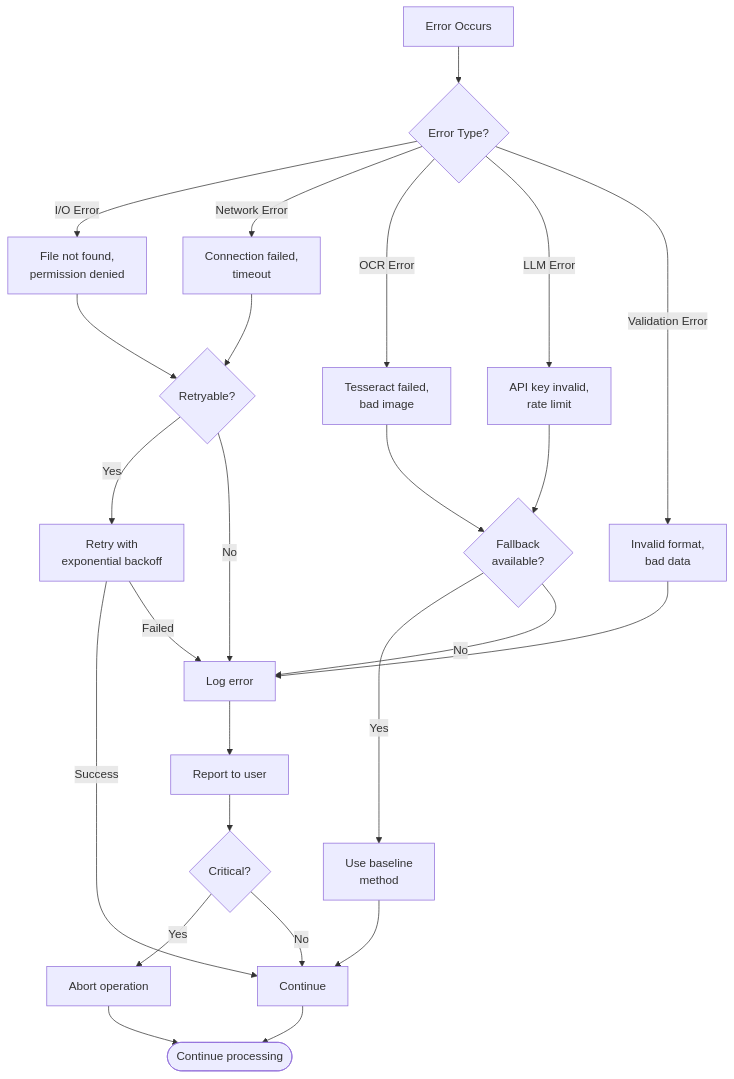
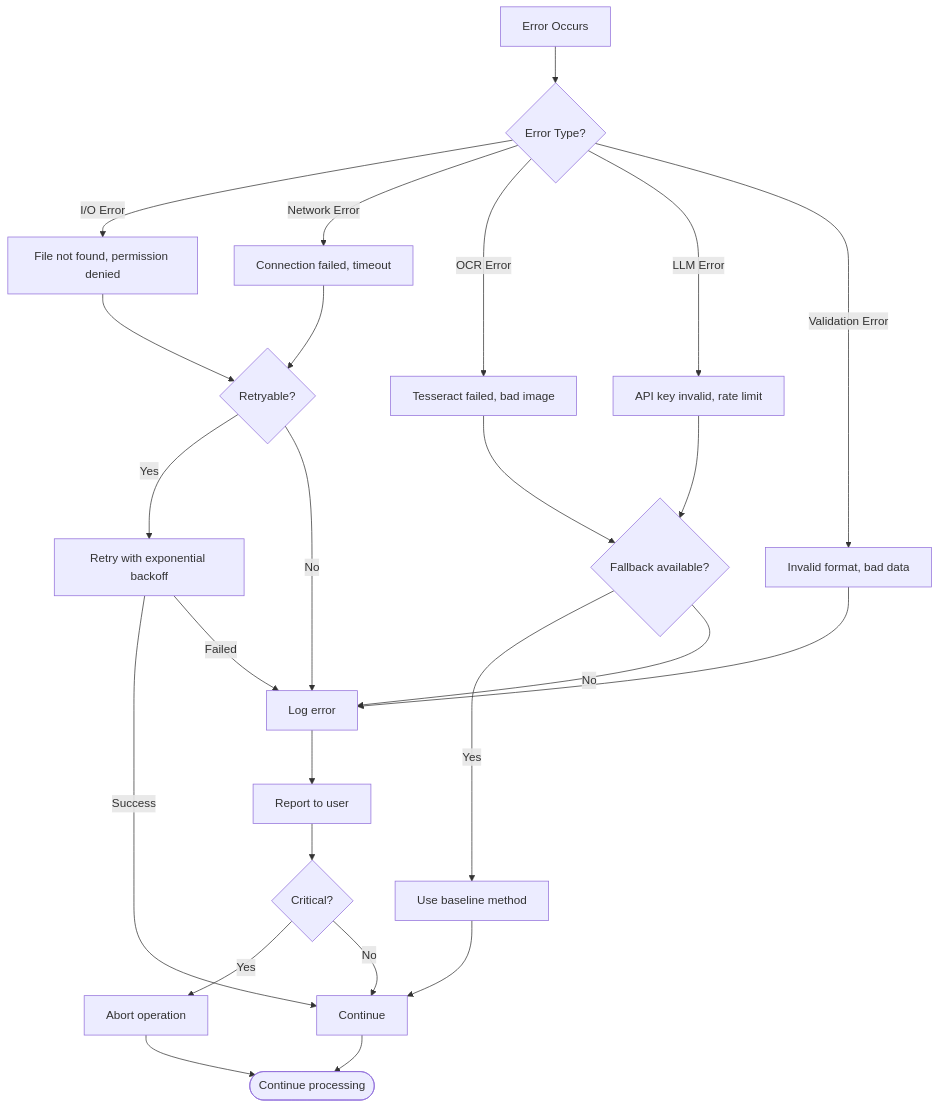
Diagram 13 of 15 in wiki/Data-Flow.md (softwarewrighter/scan3data), drawn with Mermaid before and after one commit. The commit also changed other lines of this file and 6 other files, not shown here.

First line of the commit message:
Fix wiki Mermaid diagrams: remove <br/> tags

````diff
--- a/wiki/Data-Flow.md
+++ b/wiki/Data-Flow.md
@@ -519,33 +519,33 @@
 ```mermaid
 graph TB
     Error[Error Occurs] --> Classify{Error Type?}
 
-    Classify -->|I/O Error| IO[File not found,<br/>permission denied]
-    Classify -->|Network Error| NET[Connection failed,<br/>timeout]
-    Classify -->|OCR Error| OCR[Tesseract failed,<br/>bad image]
-    Classify -->|LLM Error| LLM[API key invalid,<br/>rate limit]
-    Classify -->|Validation Error| VAL[Invalid format,<br/>bad data]
+    Classify -->|I/O Error| IO[File not found, permission denied]
+    Classify -->|Network Error| NET[Connection failed, timeout]
+    Classify -->|OCR Error| OCR[Tesseract failed, bad image]
+    Classify -->|LLM Error| LLM[API key invalid, rate limit]
+    Classify -->|Validation Error| VAL[Invalid format, bad data]
 
     IO --> Retry{Retryable?}
     NET --> Retry
-    OCR --> Fallback{Fallback<br/>available?}
+    OCR --> Fallback{Fallback available?}
     LLM --> Fallback
     VAL --> Log[Log error]
 
-    Retry -->|Yes| RetryOp[Retry with<br/>exponential backoff]
+    Retry -->|Yes| RetryOp[Retry with exponential backoff]
     Retry -->|No| Log
     RetryOp -->|Success| Continue[Continue]
     RetryOp -->|Failed| Log
 
-    Fallback -->|Yes| UseFallback[Use baseline<br/>method]
+    Fallback -->|Yes| UseFallback[Use baseline method]
     Fallback -->|No| Log
     UseFallback --> Continue
 
     Log --> Report[Report to user]
     Report --> Decision{Critical?}
     Decision -->|Yes| Abort[Abort operation]
     Decision -->|No| Continue
 
     Continue --> End([Continue processing])
     Abort --> End
 ```
````
